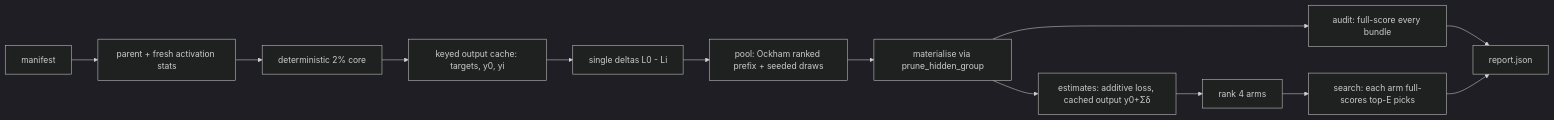
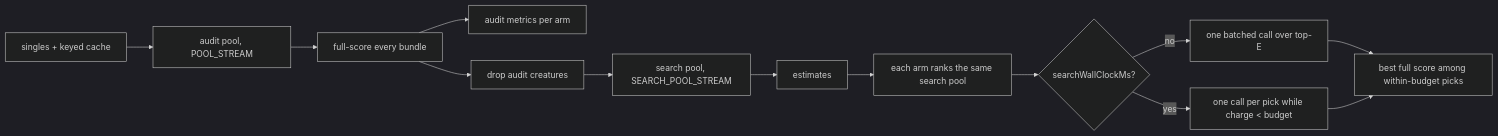
One commit to stSoftwareAU/NEAT-AI-Ockham changed the diagram in docs/archive/pr-summaries/pr-summary-260.md. Above: the diagram before and after it, drawn with Mermaid (dark theme). The commit also changed other lines of this file, not shown here.

First line of the commit message:
🪒 PR summary for the search pool, wall-clock budget and peak RSS (#260)

````diff
--- a/docs/archive/pr-summaries/pr-summary-260.md
+++ b/docs/archive/pr-summaries/pr-summary-260.md
@@ -92,15 +75,15 @@
 ```mermaid
 flowchart LR
-    M[manifest] --> P[parent + fresh activation stats]
-    P --> C[deterministic 2% core]
-    C --> K[keyed output cache: targets, y0, yi]
-    K --> S[single deltas L0 - Li]
-    S --> B[pool: Ockham ranked prefix + seeded draws]
-    B --> X[materialise via prune_hidden_group]
-    X --> E[estimates: additive loss, cached output y0+Σδ]
-    X --> A[audit: full-score every bundle]
-    E --> R[rank 4 arms]
-    R --> Q[search: each arm full-scores top-E picks]
-    A --> O[report.json]
-    Q --> O
+    S[singles + keyed cache] --> AP[audit pool, POOL_STREAM]
+    AP --> AS[full-score every bundle]
+    AS --> AM[audit metrics per arm]
+    AS --> D[drop audit creatures]
+    D --> SP[search pool, SEARCH_POOL_STREAM]
+    SP --> E[estimates]
+    E --> R[each arm ranks the same search pool]
+    R --> W{searchWallClockMs?}
+    W -- no --> B[one batched call over top-E]
+    W -- yes --> P[one call per pick while charge < budget]
+    B --> SEL[best full score among within-budget picks]
+    P --> SEL
 ```
````
